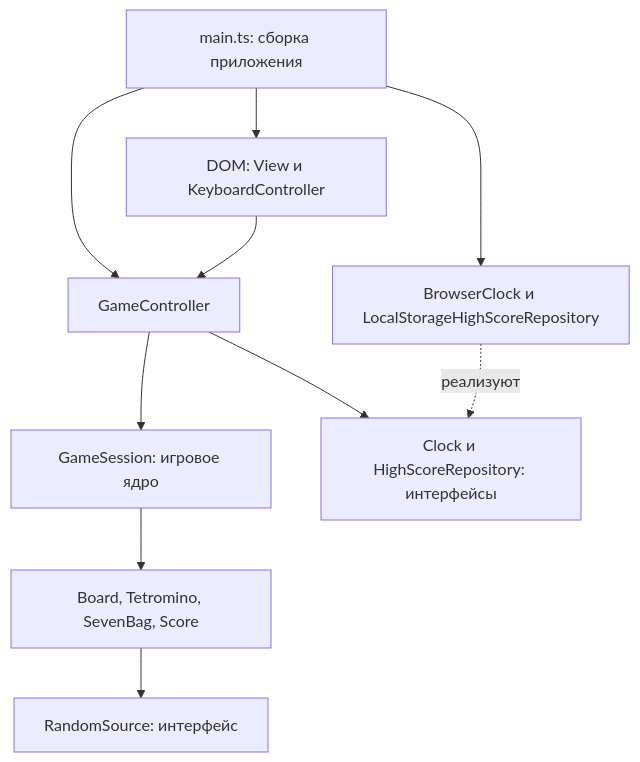
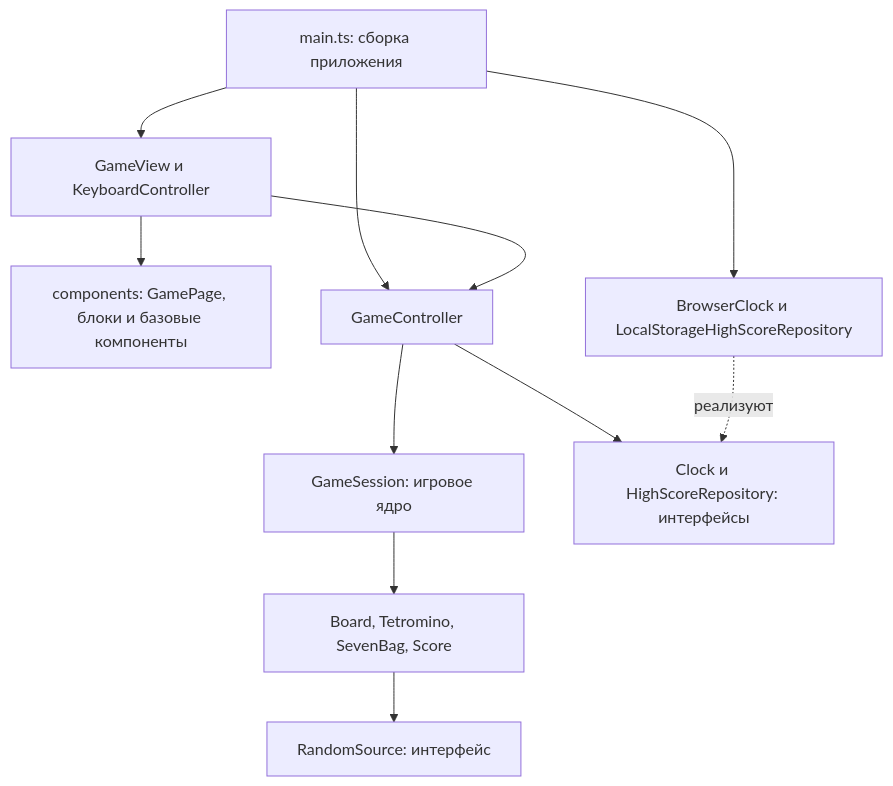
Before and after one commit to amedvedevx/tetris-oop: the diagram in docs/architecture.md, drawn with Mermaid. The commit also changed other lines of this file and 5 other files, not shown here.

Commit message:
docs: specify Tailwind component architecture and typography

````diff
--- a/docs/architecture.md
+++ b/docs/architecture.md
@@ -29,12 +34,13 @@
 ```mermaid
 flowchart TD
-    Bootstrap[main.ts: сборка приложения] --> UI[DOM: View и KeyboardController]
+    Bootstrap[main.ts: сборка приложения] --> UI[GameView и KeyboardController]
+    UI --> Components[components: GamePage, блоки и базовые компоненты]
     Bootstrap --> Adapters[BrowserClock и LocalStorageHighScoreRepository]
     Bootstrap --> App[GameController]
     UI --> App
     App --> Domain[GameSession: игровое ядро]
     App --> Ports[Clock и HighScoreRepository: интерфейсы]
     Adapters -. реализуют .-> Ports
     Domain --> Models[Board, Tetromino, SevenBag, Score]
     Models --> Random[RandomSource: интерфейс]
 ```
````
